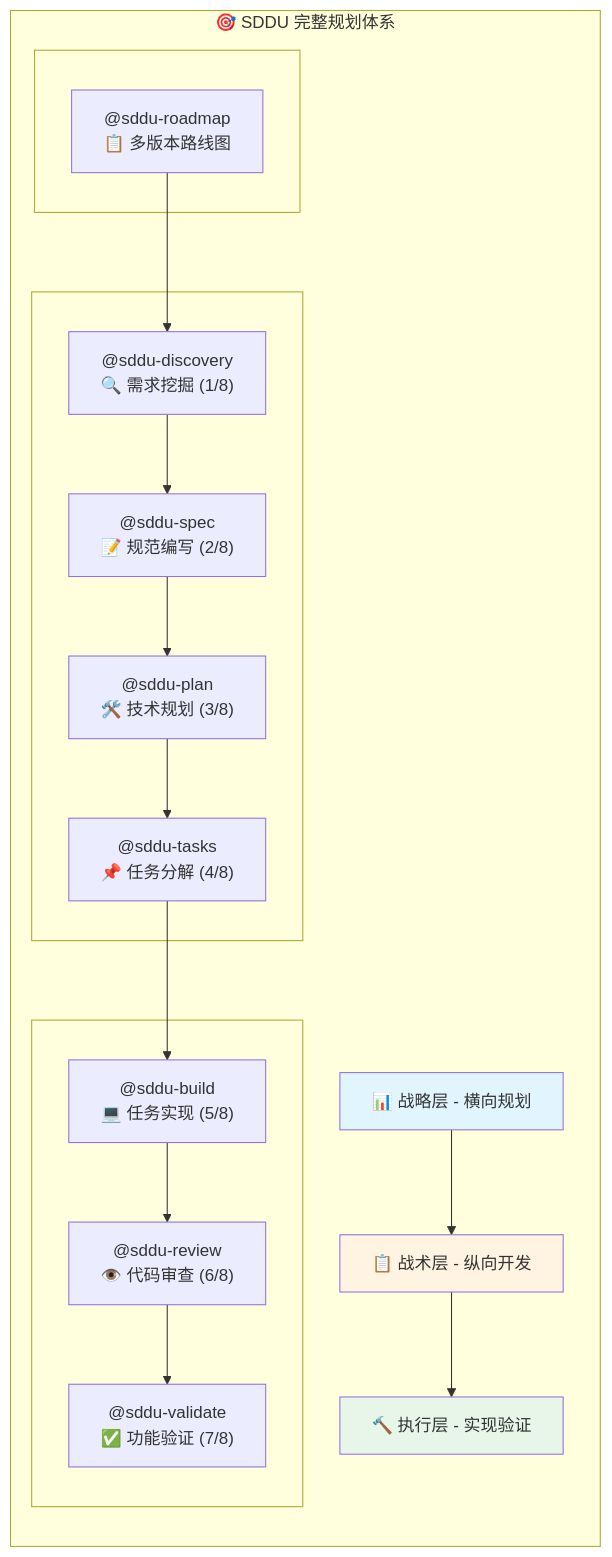
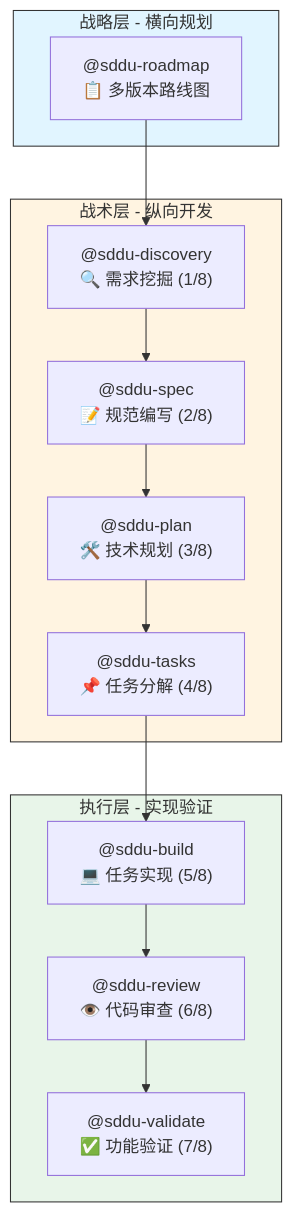
Before and after one commit to THZSummer/sddu: the second of 5 diagrams in README.md, drawn with Mermaid.

Commit message:
fix(docs): 修复 mermaid 图 GitHub 渲染失败 — 移除 subgraph 内 direction TB

````diff
--- a/README.md
+++ b/README.md
@@ -253,38 +253,27 @@
 ```mermaid
 flowchart TD
-    subgraph SDDU[🎯 SDDU 完整规划体系]
-        direction TB
+    subgraph StrategicLayer[战略层 - 横向规划]
+        SR1["@sddu-roadmap\n📋 多版本路线图"]
+    end
 
-        Strategic[📊 战略层 - 横向规划]
-        Tactical[📋 战术层 - 纵向开发]
-        Execution[🔨 执行层 - 实现验证]
+    subgraph TacticalLayer[战术层 - 纵向开发]
+        TL1["@sddu-discovery\n🔍 需求挖掘 (1/8)"]
+        TL2["@sddu-spec\n📝 规范编写 (2/8)"]
+        TL3["@sddu-plan\n🛠️ 技术规划 (3/8)"]
+        TL4["@sddu-tasks\n📌 任务分解 (4/8)"]
+    end
 
-        Strategic --> Tactical
-        Tactical --> Execution
+    subgraph ExecutionLayer[执行层 - 实现验证]
+        EL1["@sddu-build\n💻 任务实现 (5/8)"]
+        EL2["@sddu-review\n👁️ 代码审查 (6/8)"]
+        EL3["@sddu-validate\n✅ 功能验证 (7/8)"]
+    end
 
-        subgraph StrategicLayer[ ]
-            SR1["@sddu-roadmap\n📋 多版本路线图"]
-        end
+    SR1 --> TL1
+    TL1 --> TL2 --> TL3 --> TL4
+    TL4 --> EL1 --> EL2 --> EL3
 
-        subgraph TacticalLayer[ ]
-            TL1["@sddu-discovery\n🔍 需求挖掘 (1/8)"]
-            TL2["@sddu-spec\n📝 规范编写 (2/8)"]
-            TL3["@sddu-plan\n🛠️ 技术规划 (3/8)"]
-            TL4["@sddu-tasks\n📌 任务分解 (4/8)"]
-        end
-
-        subgraph ExecutionLayer[ ]
-            EL1["@sddu-build\n💻 任务实现 (5/8)"]
-            EL2["@sddu-review\n👁️ 代码审查 (6/8)"]
-            EL3["@sddu-validate\n✅ 功能验证 (7/8)"]
-        end
-
-        SR1 --> TL1
-        TL1 --> TL2 --> TL3 --> TL4
-        TL4 --> EL1 --> EL2 --> EL3
-
-        style Strategic fill:#e1f5ff
-        style Tactical fill:#fff4e1
-        style Execution fill:#e8f5e9
-    end
+    style StrategicLayer fill:#e1f5ff,stroke:#333
+    style TacticalLayer fill:#fff4e1,stroke:#333
+    style ExecutionLayer fill:#e8f5e9,stroke:#333
 ```
````
